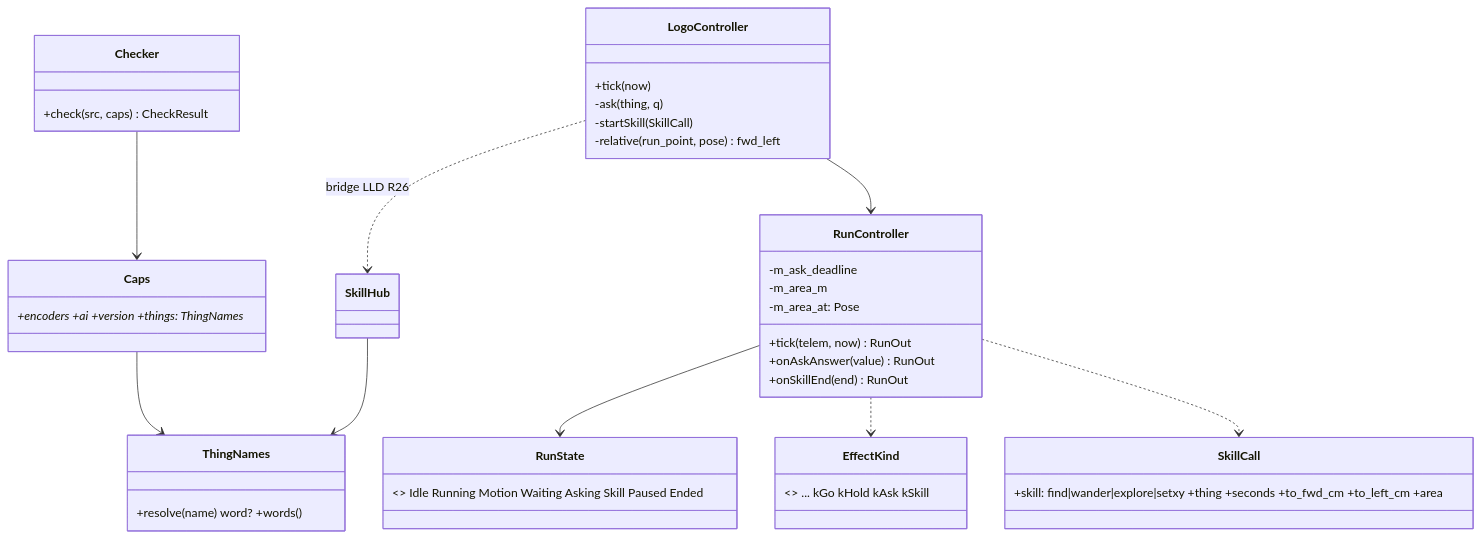
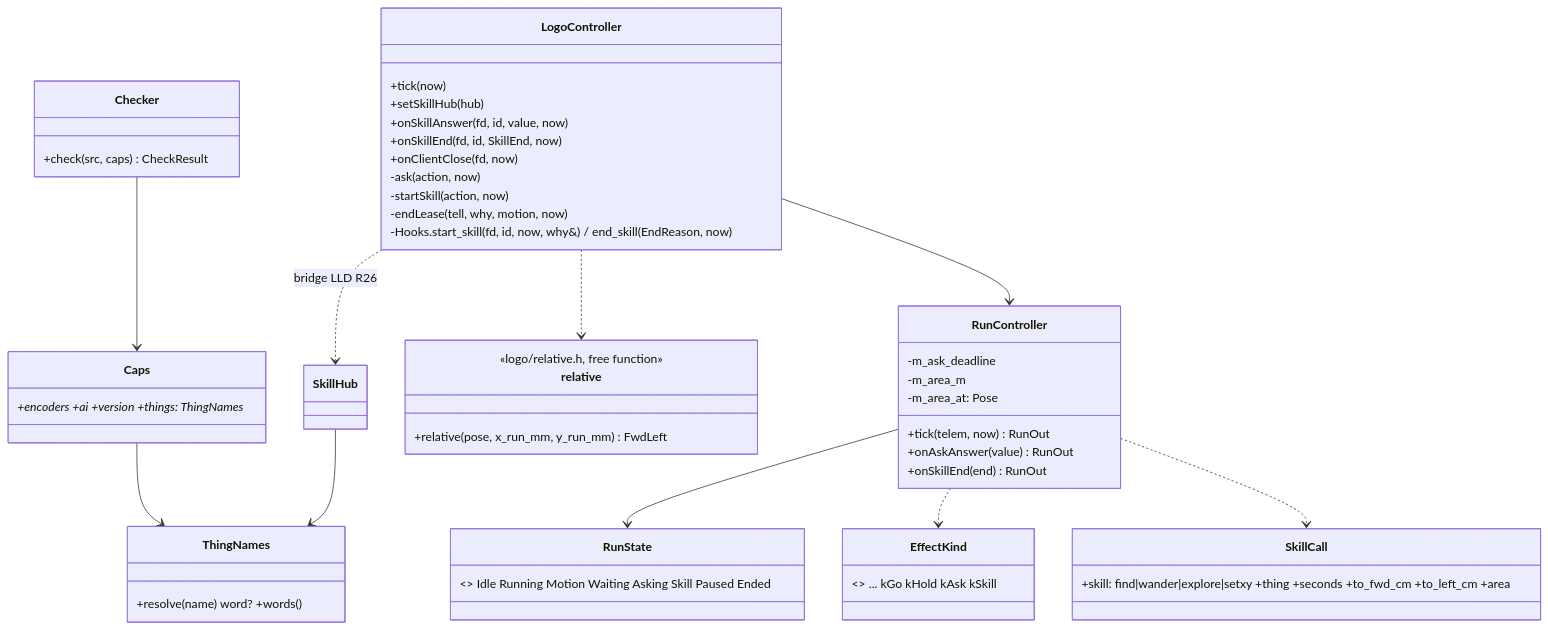
One commit to mannuray/conqueror changed diagram 23 of 23 in docs/lld/tank-logo-lld.md. Above: the diagram before and after it, drawn with Mermaid. The commit also changed other lines of this file and 14 other files, not shown here.

First line of the commit message:
fix(bridge): Task 6 review minors - lease deadman 7052 in the docs, lease-end diagram, shared server fd, rejects per reason, clean build

````diff
--- a/docs/lld/tank-logo-lld.md
+++ b/docs/lld/tank-logo-lld.md
@@ -1401,31 +1401,41 @@
 ```mermaid
 classDiagram
   class RunController {
     +tick(telem, now) RunOut
     +onAskAnswer(value) RunOut
     +onSkillEnd(end) RunOut
     -m_ask_deadline
     -m_area_m
     -m_area_at: Pose
   }
   class RunState { <<enum>> Idle Running Motion Waiting Asking Skill Paused Ended }
   class EffectKind { <<enum>> ... kGo kHold kAsk kSkill }
   class SkillCall { +skill: find|wander|explore|setxy +thing +seconds +to_fwd_cm +to_left_cm +area }
   class ThingNames { +resolve(name) word? +words() }
   class Caps { +encoders +ai +version +things: ThingNames* }
   class Checker { +check(src, caps) CheckResult }
   class LogoController {
     +tick(now)
-    -ask(thing, q)
-    -startSkill(SkillCall)
-    -relative(run_point, pose) fwd_left
+    +setSkillHub(hub)
+    +onSkillAnswer(fd, id, value, now)
+    +onSkillEnd(fd, id, SkillEnd, now)
+    +onClientClose(fd, now)
+    -ask(action, now)
+    -startSkill(action, now)
+    -endLease(tell, why, motion, now)
+    -Hooks.start_skill(fd, id, now, why&) / end_skill(EndReason, now)
   }
+  class relative {
+    <<logo/relative.h, free function>>
+    +relative(pose, x_run_mm, y_run_mm) FwdLeft
+  }
+  LogoController ..> relative
   RunController --> RunState
   RunController ..> EffectKind
   RunController ..> SkillCall
   Checker --> Caps
   Caps --> ThingNames
   LogoController --> RunController
   LogoController ..> SkillHub : bridge LLD R26
   SkillHub --> ThingNames
 ```
````
